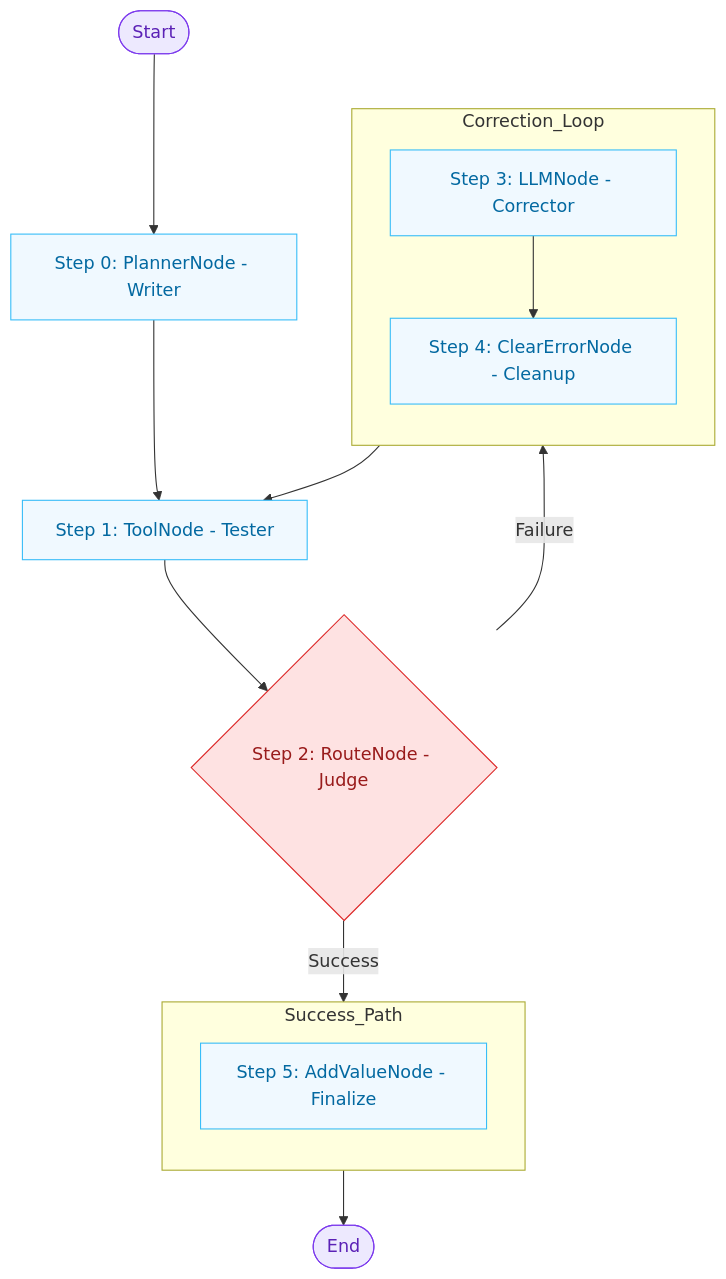
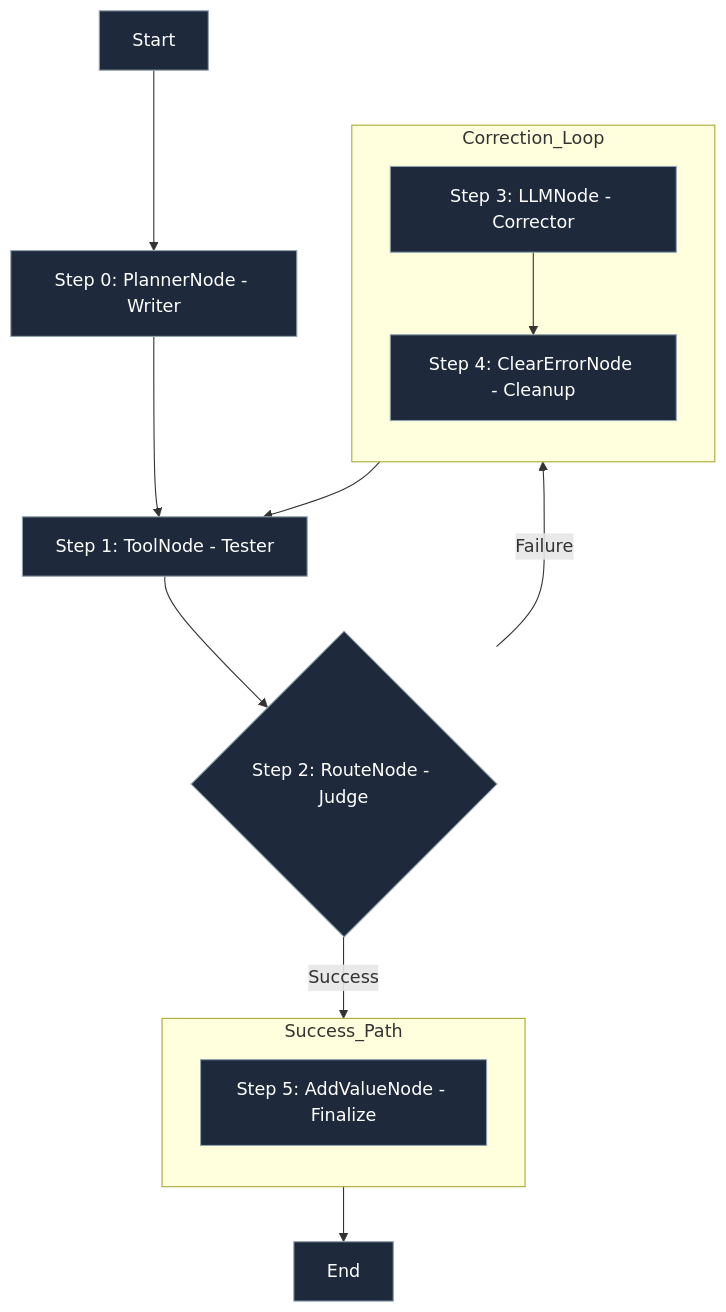
One commit to partech2015/lar changed the diagram in docs/guides/self-correction-loop.md. Above: the diagram before and after it, drawn with Mermaid.

Commit message:
Updated Mkdocs with mermaid extensions

````diff
--- a/docs/guides/self-correction-loop.md
+++ b/docs/guides/self-correction-loop.md
@@ -19,38 +19,36 @@
 ```mermaid
 graph TD
-    A([Start]) --> B[Step 0: PlannerNode - Writer]
+    A[Start] --> B[Step 0: PlannerNode - Writer]
     B --> C1[Step 1: ToolNode - Tester]
     C1 --> D{Step 2: RouteNode - Judge}
 
     %% Success path
     subgraph Success_Path
         direction TB
         G[Step 5: AddValueNode - Finalize]
     end
 
     %% Correction loop
     subgraph Correction_Loop
         direction TB
         E[Step 3: LLMNode - Corrector]
         F[Step 4: ClearErrorNode - Cleanup]
     end
 
-    %% Routing logic
     D -- Success --> G
     D -- Failure --> E
-
-    %% Correction loop wiring
     E --> F
     F --> C1
+    G --> H[End]
 
-    G --> H([End])
+    %% --- CLEAN STYLE TO MATCH SECOND IMAGE ---
+    %% no fills, no colors, simple outlines
 
-    %% Color styles — matching reference theme
-    classDef default fill:#f0f9ff,stroke:#38bdf8,color:#0369a1;
-    classDef logic fill:#fee2e2,stroke:#dc2626,color:#991b1b;
-    classDef startend fill:#ede9fe,stroke:#7c3aed,color:#5b21b6;
+    classDef default stroke:#8FA3B0, color:#FFFFFF, fill:#1E293B;
+    classDef decision stroke:#8FA3B0, color:#FFFFFF, fill:#1E293B;
+    classDef startend stroke:#8FA3B0, color:#FFFFFF, fill:#1E293B;
 
     class A,H startend;
     class B,C1,E,F,G default;
-    class D logic;
+    class D decision;
 ```
````
